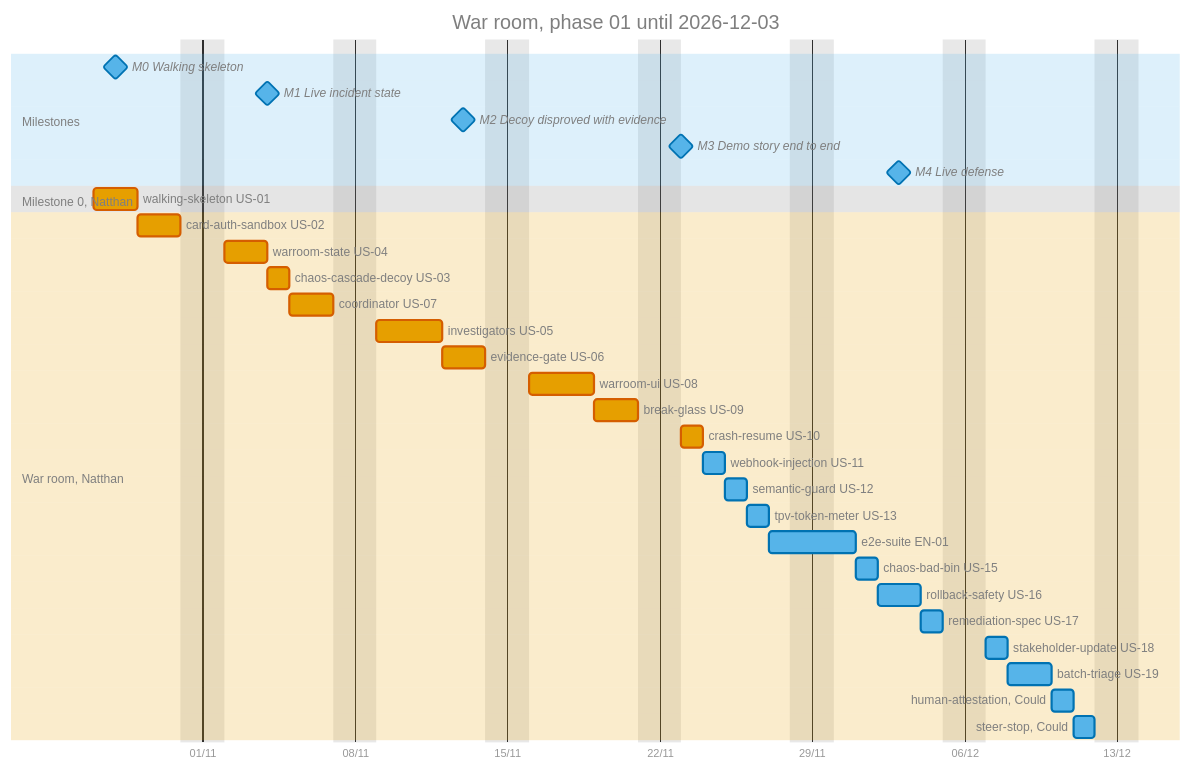
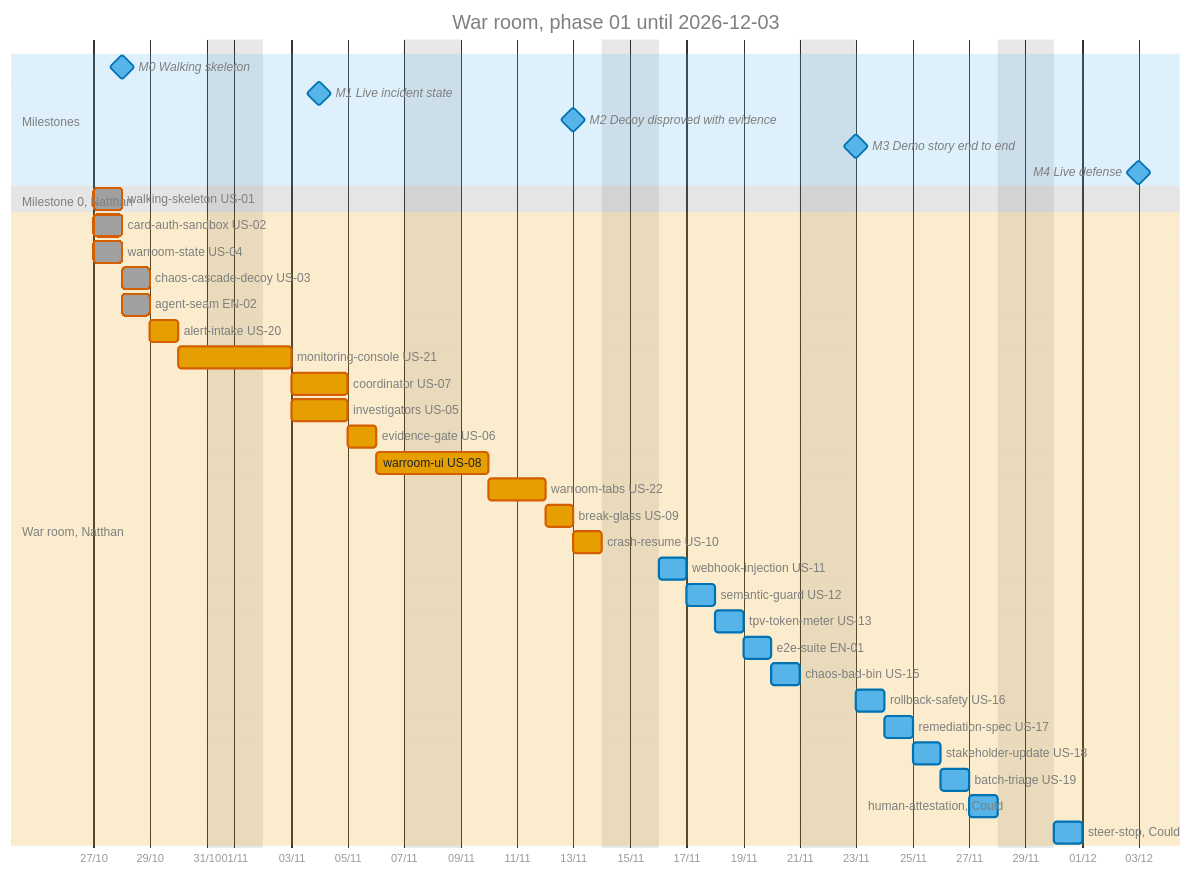
The diagram in docs/roadmap/ROADMAP.md (NatthanElias/aegis-war-room), drawn with Mermaid before and after one commit. The commit also changed other lines of this file and 6 other files, not shown here.

First line of the commit message:
docs(roadmap): checkpoint after milestone 1

````diff
--- a/docs/roadmap/ROADMAP.md
+++ b/docs/roadmap/ROADMAP.md
@@ -24,54 +25,58 @@
 ```mermaid
 %%{init: {
   "theme": "base",
   "themeVariables": {
     "textColor": "#7f7f7f", "titleColor": "#7f7f7f", "taskTextOutsideColor": "#7f7f7f",
     "taskTextColor": "#1f2328", "taskTextLightColor": "#1f2328", "taskTextDarkColor": "#1f2328", "taskTextClickableColor": "#1f2328",
     "taskBkgColor": "#56B4E9", "taskBorderColor": "#0072B2",
     "critBkgColor": "#E69F00", "critBorderColor": "#D55E00",
     "doneTaskBkgColor": "#A0A0A0", "doneTaskBorderColor": "#6E6E6E",
     "activeTaskBkgColor": "#009E73", "activeTaskBorderColor": "#006B4F",
     "todayLineColor": "#D55E00",
     "sectionBkgColor": "#56B4E9", "sectionBkgColor2": "#E69F00", "altSectionBkgColor": "#7f7f7f",
     "excludeBkgColor": "rgba(127, 127, 127, 0.18)", "gridColor": "#7f7f7f"
   },
   "themeCSS": ".grid .tick line{stroke:#7f7f7f;opacity:0.4} text.taskTextOutsideRight,text.taskTextOutsideLeft{fill:#7f7f7f !important} text.taskText{paint-order:stroke;stroke:#56B4E9;stroke-width:4px;stroke-linejoin:round} text.taskText[class*=critText]{stroke:#E69F00} text.taskText[class*=doneText]{stroke:#A0A0A0} text.taskText[class*=activeText]{stroke:#009E73}"
 }}%%
 gantt
     title War room, phase 01 until 2026-12-03
     dateFormat YYYY-MM-DD
     axisFormat %d/%m
     excludes weekends
 
     section Milestones
     M0 Walking skeleton                :milestone, m0, 2026-10-28, 0d
     M1 Live incident state             :milestone, m1, 2026-11-04, 0d
     M2 Decoy disproved with evidence   :milestone, m2, 2026-11-13, 0d
     M3 Demo story end to end           :milestone, m3, 2026-11-23, 0d
     M4 Live defense                    :milestone, m4, 2026-12-03, 0d
 
     section Milestone 0, Natthan
-    walking-skeleton US-01             :crit, skel, 2026-10-27, 2d
+    walking-skeleton US-01             :done, crit, skel, 2026-10-27, 1d
 
     section War room, Natthan
-    card-auth-sandbox US-02            :crit, sbx, after skel, 2d
-    warroom-state US-04                :crit, state, after sbx, 2d
-    chaos-cascade-decoy US-03          :crit, decoy, after state, 1d
-    coordinator US-07                  :crit, coord, after decoy, 2d
-    investigators US-05                :crit, inv, after coord, 3d
-    evidence-gate US-06                :crit, gate, after inv, 2d
-    warroom-ui US-08                   :crit, ui, after gate, 3d
-    break-glass US-09                  :crit, bg, after ui, 2d
+    card-auth-sandbox US-02            :done, crit, sbx, 2026-10-27, 1d
+    warroom-state US-04                :done, crit, state, 2026-10-27, 1d
+    chaos-cascade-decoy US-03          :done, crit, decoy, 2026-10-28, 1d
+    agent-seam EN-02                   :done, crit, seam, 2026-10-28, 1d
+    alert-intake US-20                 :crit, intake, 2026-10-29, 1d
+    monitoring-console US-21           :crit, mon, after intake, 2d
+    coordinator US-07                  :crit, coord, after mon, 2d
+    investigators US-05                :crit, inv, after mon, 2d
+    evidence-gate US-06                :crit, gate, after coord inv, 1d
+    warroom-ui US-08                   :crit, ui, after gate, 2d
+    warroom-tabs US-22                 :crit, tabs, after ui, 2d
+    break-glass US-09                  :crit, bg, after tabs, 1d
     crash-resume US-10                 :crit, crash, after bg, 1d
     webhook-injection US-11            :wh, after crash, 1d
     semantic-guard US-12               :guard, after wh, 1d
     tpv-token-meter US-13              :tpv, after guard, 1d
-    e2e-suite EN-01                    :e2e, after tpv, 2d
+    e2e-suite EN-01                    :e2e, after tpv, 1d
     chaos-bad-bin US-15                :bin, after e2e, 1d
-    rollback-safety US-16              :rbs, after bin, 2d
+    rollback-safety US-16              :rbs, after bin, 1d
     remediation-spec US-17             :spec, after rbs, 1d
     stakeholder-update US-18           :upd, after spec, 1d
-    batch-triage US-19                 :triage, after upd, 2d
+    batch-triage US-19                 :triage, after upd, 1d
     human-attestation, Could           :att, after triage, 1d
     steer-stop, Could                  :steer, after att, 1d
 ```
````
